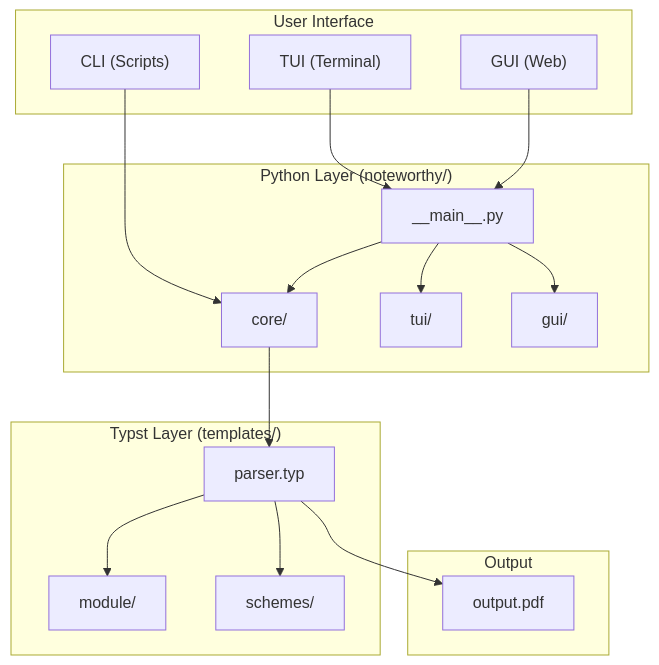
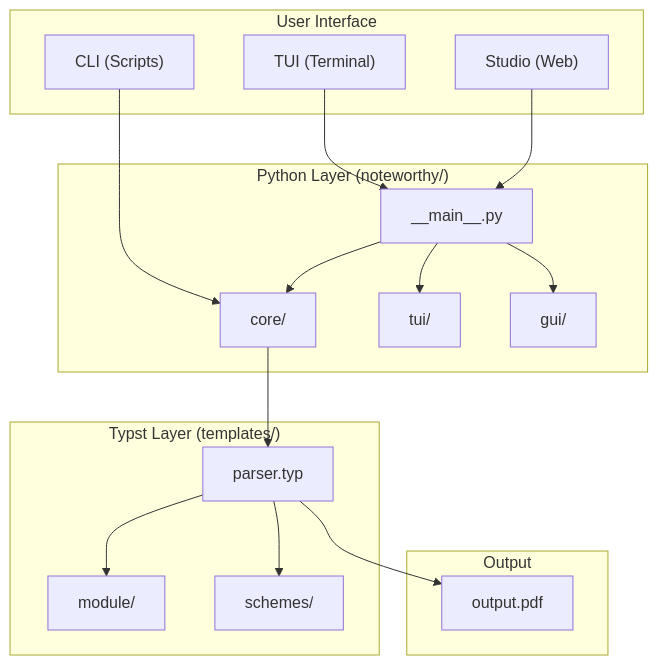
The first of 2 diagrams in docs/architecture/overview.md (sihooleebd/noteworthy), drawn with Mermaid before and after one commit. The commit also changed other lines of this file and 14 other files, not shown here.

````diff
--- a/docs/architecture/overview.md
+++ b/docs/architecture/overview.md
@@ -7,38 +7,38 @@
 ```mermaid
 graph TB
     subgraph User["User Interface"]
         TUI["TUI (Terminal)"]
-        GUI["GUI (Web)"]
+        GUI["Studio (Web)"]
         CLI["CLI (Scripts)"]
     end
 
     subgraph Python["Python Layer (noteworthy/)"]
         Main["__main__.py"]
         Core["core/"]
         TUICode["tui/"]
         GUICode["gui/"]
     end
 
     subgraph Typst["Typst Layer (templates/)"]
         Parser["parser.typ"]
         Modules["module/"]
         Themes["schemes/"]
     end
 
     subgraph Output["Output"]
         PDF["output.pdf"]
     end
 
     TUI --> Main
     GUI --> Main
     CLI --> Core
 
     Main --> Core
     Main --> TUICode
     Main --> GUICode
 
     Core --> Parser
     Parser --> Modules
     Parser --> Themes
     Parser --> PDF
 ```
````
